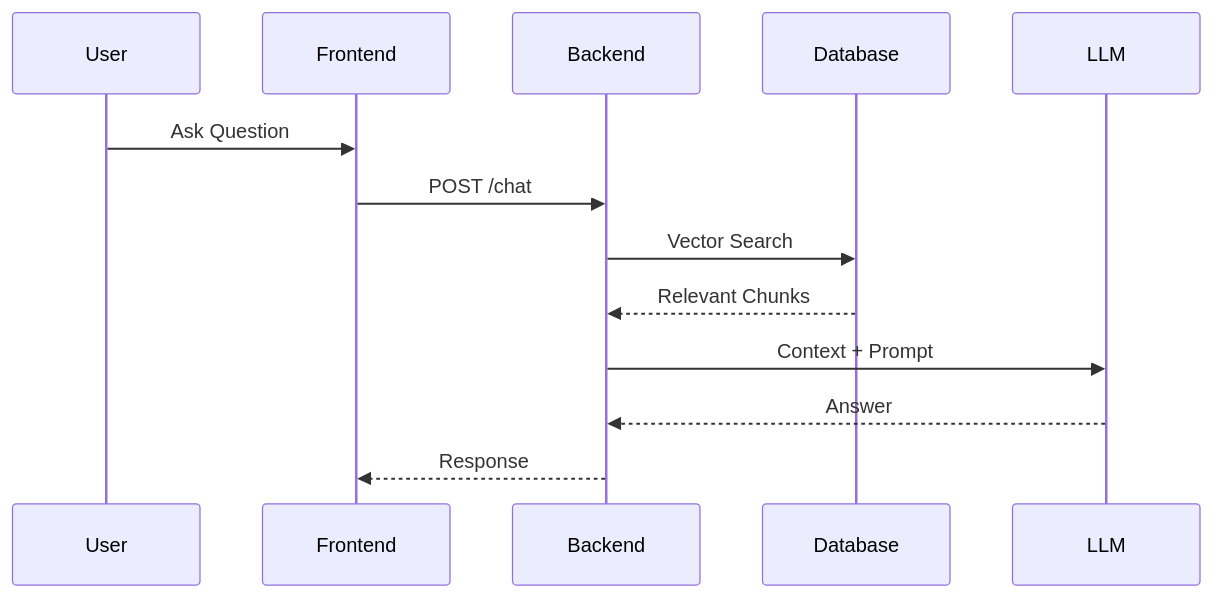
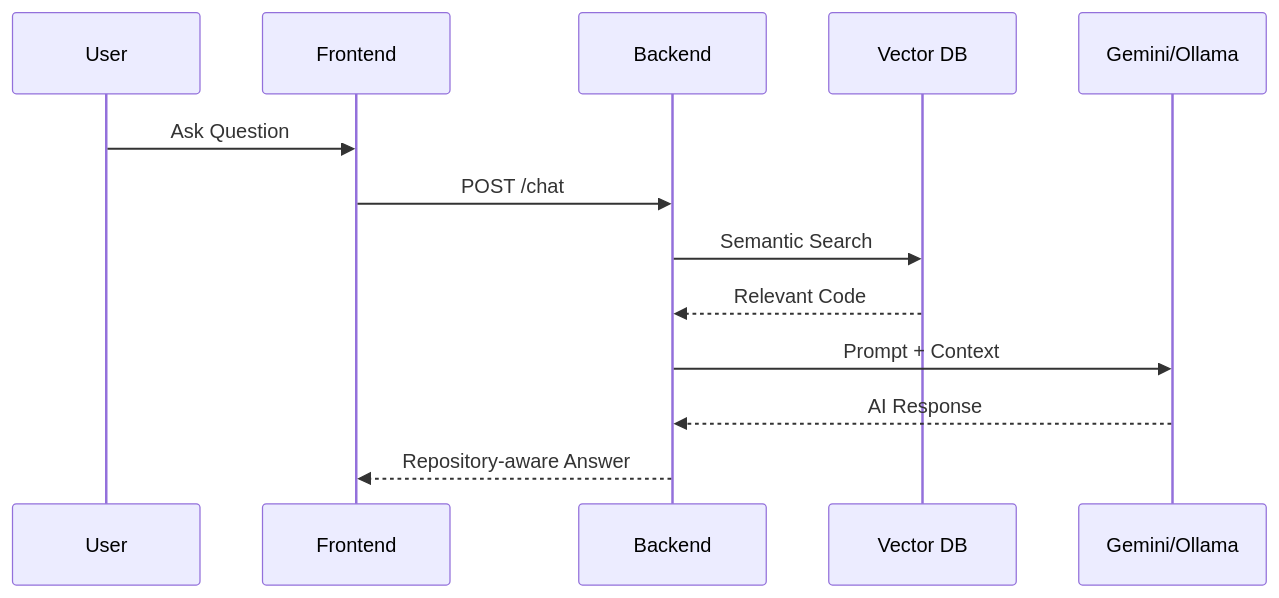
Before and after one commit to impanamu/codeforge-ai: the third of 3 diagrams in README.md, drawn with Mermaid. The commit also changed other lines of this file and 1 other file, not shown here.

Commit message:
Add architecture documentation

````diff
--- a/README.md
+++ b/README.md
@@ -129,17 +129,17 @@
 ```mermaid
 sequenceDiagram
 
 User->>Frontend: Ask Question
 
 Frontend->>Backend: POST /chat
 
-Backend->>Database: Vector Search
+Backend->>Vector DB: Semantic Search
 
-Database-->>Backend: Relevant Chunks
+Vector DB-->>Backend: Relevant Code
 
-Backend->>LLM: Context + Prompt
+Backend->>Gemini/Ollama: Prompt + Context
 
-LLM-->>Backend: Answer
+Gemini/Ollama-->>Backend: AI Response
 
-Backend-->>Frontend: Response
+Backend-->>Frontend: Repository-aware Answer
 ```
````
